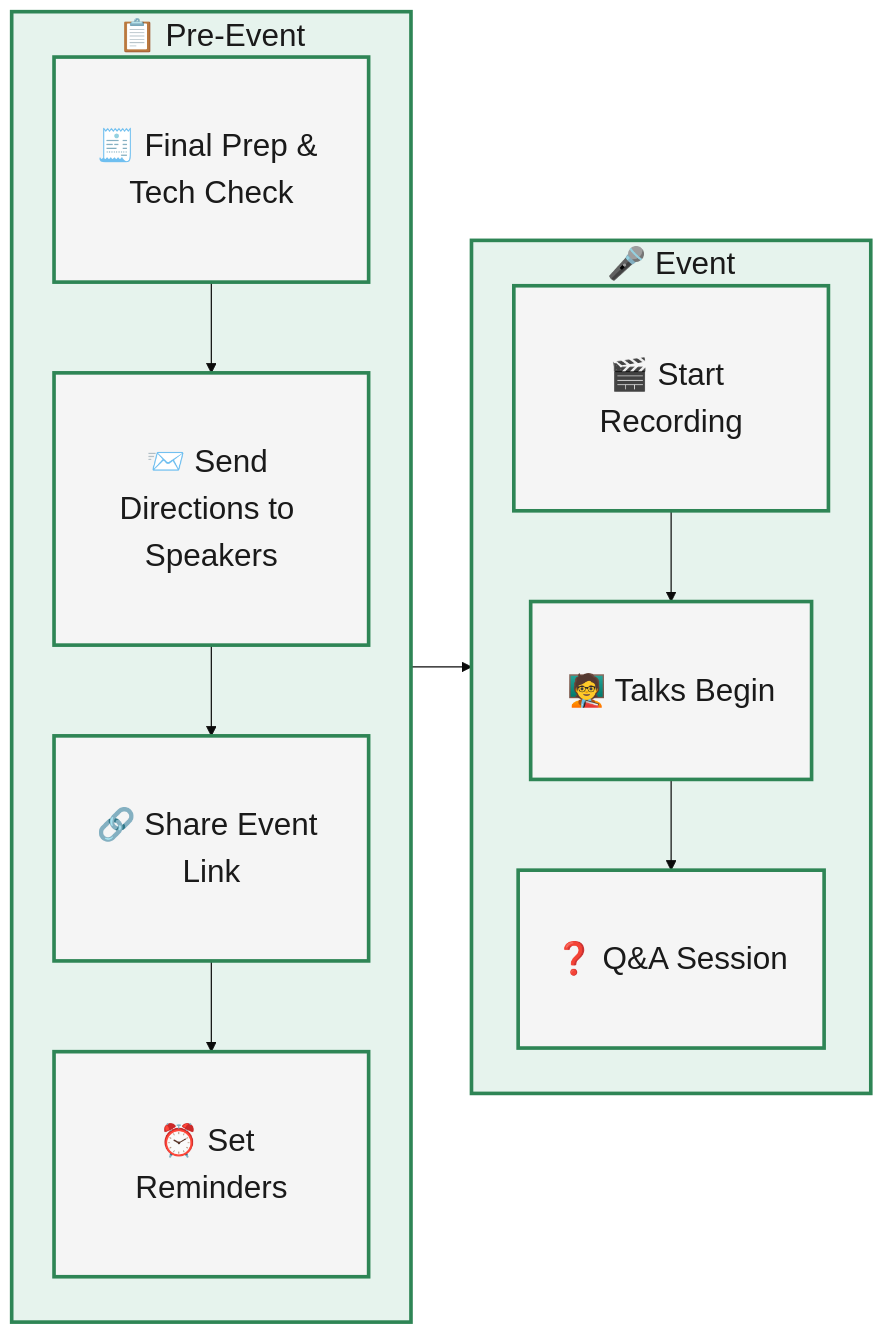
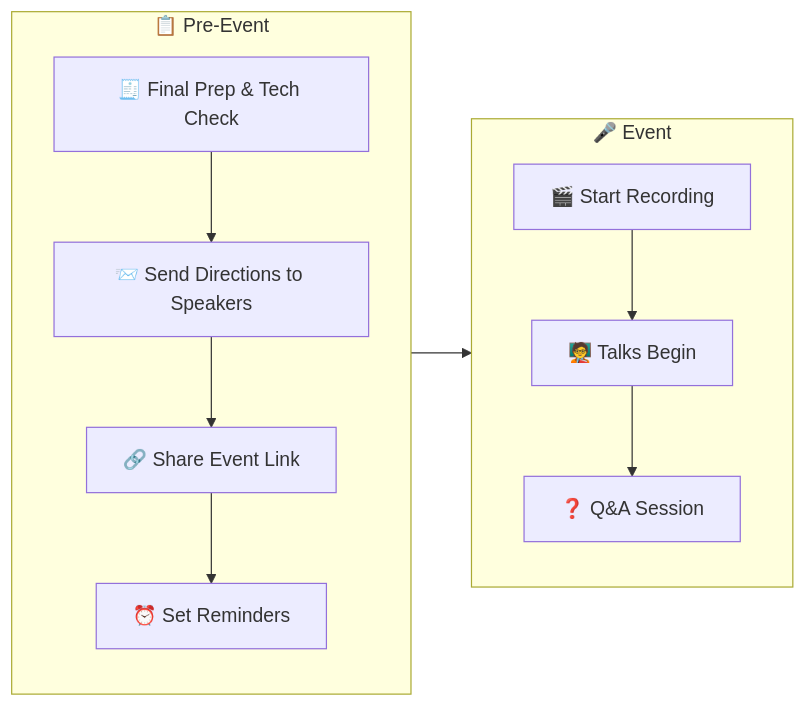
One commit to CBID2/VC-Community-Docs changed the fourth of 4 diagrams in docs/lightning-talks/processes/project-workflow.md. Above: the diagram before and after it, drawn with Mermaid. The commit also changed other lines of this file and 5 other files, not shown here.

First line of the commit message:
Restore React 19 and simplify Mermaid diagrams

````diff
--- a/docs/lightning-talks/processes/project-workflow.md
+++ b/docs/lightning-talks/processes/project-workflow.md
@@ -196,30 +142,14 @@
 ```mermaid
-%%{init: {'theme':'base', 'themeVariables': {'fontSize':'26px', 'fontFamily':'arial'}}}%%
 flowchart LR
-  %% Left Column - Pre-Event
   subgraph A["📋 Pre-Event"]
     direction TB
-    A1["🧾 Final Prep & Tech Check"]
-    A2["📨 Send Directions to Speakers"]
-    A3["🔗 Share Event Link"]
-    A4["⏰ Set Reminders"]
-    A1 --> A2 --> A3 --> A4
+    A1["🧾 Final Prep & Tech Check"] --> A2["📨 Send Directions to Speakers"] --> A3["🔗 Share Event Link"] --> A4["⏰ Set Reminders"]
   end
 
-  %% Right Column - Event
   subgraph B["🎤 Event"]
     direction TB
-    B1["🎬 Start Recording"]
-    B2["🧑‍🏫 Talks Begin"]
-    B3["❓ Q&A Session"]
-    B1 --> B2 --> B3
+    B1["🎬 Start Recording"] --> B2["🧑‍🏫 Talks Begin"] --> B3["❓ Q&A Session"]
   end
 
-  %% Flow between columns
   A4 --> B1
-
-  %% Styling
-  classDef default fill:#f5f5f5,stroke:#2e8555,stroke-width:3px,color:#1a1a1a,padding:15px;
-  classDef process fill:#e6f3ed,stroke:#2e8555,stroke-width:3px,color:#1a1a1a;
-  class A,B process;
 ```
````
